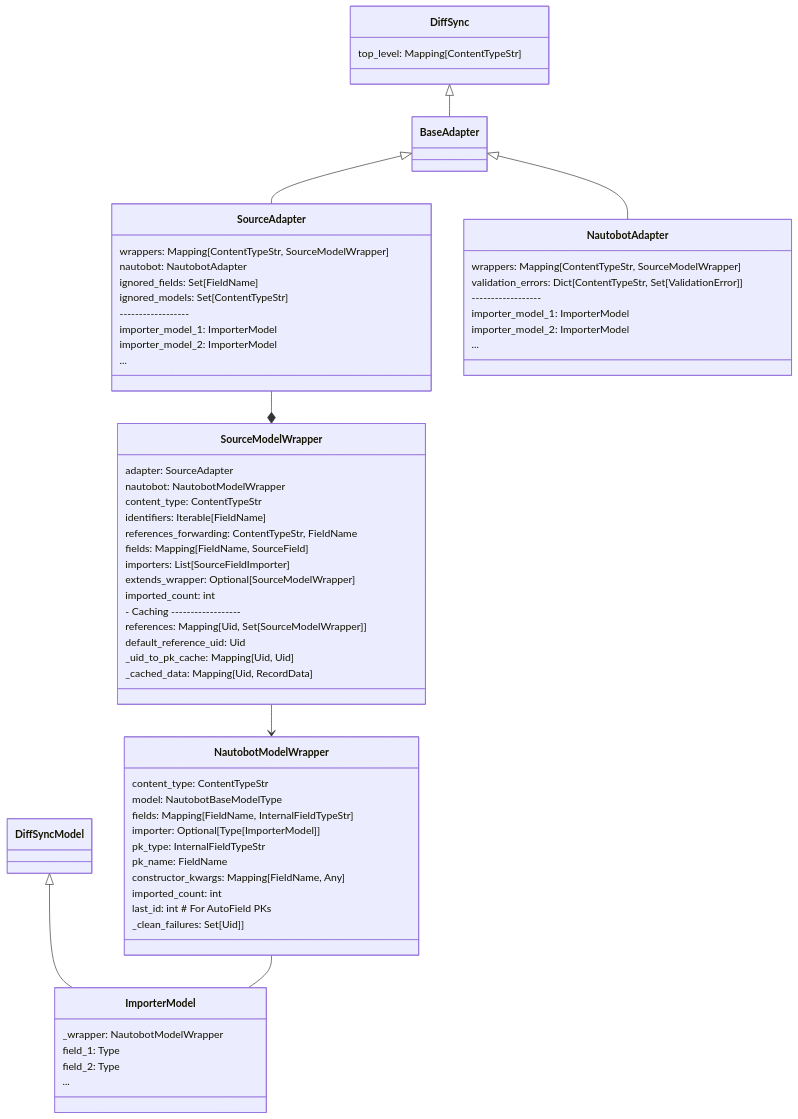
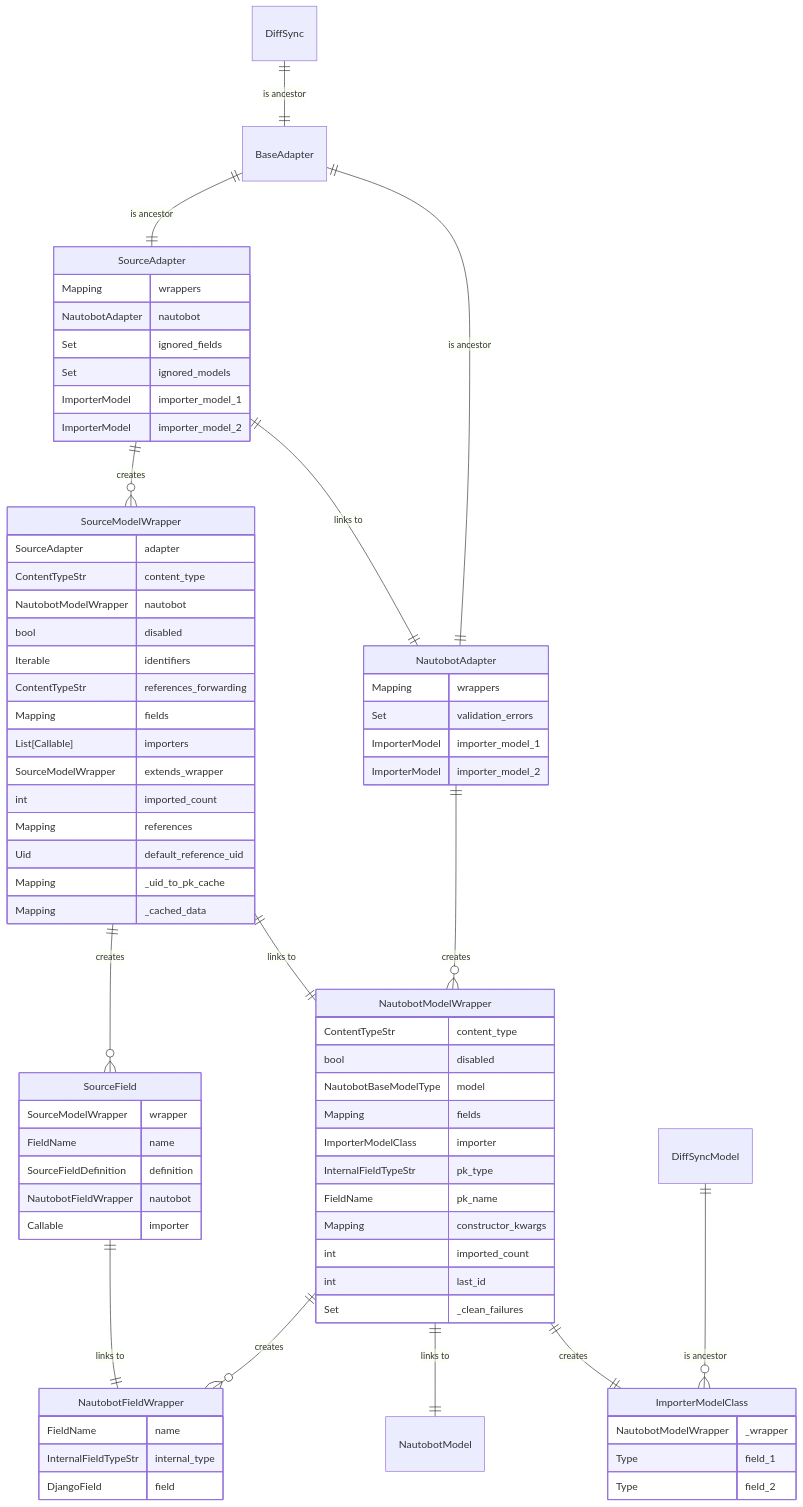
Before and after one commit to nautobot/nautobot-app-netbox-importer: the diagram in docs/dev/importer.md, drawn with Mermaid. The commit also changed other lines of this file, not shown here.

Commit message:
doc: Improve importer documentation

````diff
--- a/docs/dev/importer.md
+++ b/docs/dev/importer.md
@@ -83,72 +110,76 @@
 ```mermaid
-classDiagram
-    class DiffSync {
-        top_level: Mapping[ContentTypeStr]
+erDiagram
+    DiffSync ||--|| BaseAdapter : "is ancestor"
+    BaseAdapter ||--|| SourceAdapter : "is ancestor"
+    BaseAdapter ||--|| NautobotAdapter : "is ancestor"
+    SourceAdapter ||--o{ SourceModelWrapper : "creates"
+    SourceModelWrapper ||--o{ SourceField : "creates"
+    SourceAdapter ||--|| NautobotAdapter : "links to"
+    NautobotAdapter ||--o{ NautobotModelWrapper : "creates"
+    SourceModelWrapper ||--|| NautobotModelWrapper : "links to"
+    NautobotModelWrapper ||--o{ NautobotFieldWrapper : "creates"
+    NautobotModelWrapper ||--|| NautobotModel : "links to"
+    SourceField ||--|| NautobotFieldWrapper : "links to"
+    NautobotModelWrapper ||--|| ImporterModelClass : "creates"
+    DiffSyncModel ||--o{ ImporterModelClass : "is ancestor"
+    SourceAdapter {
+        Mapping wrappers
+        NautobotAdapter nautobot
+        Set ignored_fields
+        Set ignored_models
+        ImporterModel importer_model_1
+        ImporterModel importer_model_2
     }
-    class DiffSyncModel {
-        
+    SourceModelWrapper {
+        SourceAdapter adapter
+        ContentTypeStr content_type
+        NautobotModelWrapper nautobot
+        bool disabled
+        Iterable identifiers
+        ContentTypeStr references_forwarding
+        Mapping fields
+        List[Callable] importers
+        SourceModelWrapper extends_wrapper
+        int imported_count
+        Mapping references
+        Uid default_reference_uid
+        Mapping _uid_to_pk_cache
+        Mapping _cached_data
     }
-    class BaseAdapter {
-        
+    SourceField {
+        SourceModelWrapper wrapper
+        FieldName name
+        SourceFieldDefinition definition
+        NautobotFieldWrapper nautobot
+        Callable importer
     }
-    class SourceAdapter {
-        wrappers: Mapping[ContentTypeStr, SourceModelWrapper]
-        nautobot: NautobotAdapter
-        ignored_fields: Set[FieldName]
-        ignored_models: Set[ContentTypeStr]
-        ------------------
-        importer_model_1: ImporterModel
-        importer_model_2: ImporterModel
-        ...
+    NautobotAdapter {
+        Mapping wrappers
+        Set validation_errors
+        ImporterModel importer_model_1
+        ImporterModel importer_model_2
     }
-    class SourceModelWrapper {
-        adapter: SourceAdapter
-        nautobot: NautobotModelWrapper
-        content_type: ContentTypeStr
-        identifiers: Iterable[FieldName]
-        references_forwarding: ContentTypeStr, FieldName
-        fields: Mapping[FieldName, SourceField]
-        importers: List[SourceFieldImporter]
-        extends_wrapper: Optional[SourceModelWrapper]
-        imported_count: int
-        - Caching ------------------
-        references: Mapping[Uid, Set[SourceModelWrapper]]
-        default_reference_uid: Uid
-        _uid_to_pk_cache: Mapping[Uid, Uid]
-        _cached_data: Mapping[Uid, RecordData]
+    NautobotModelWrapper {
+        ContentTypeStr content_type
+        bool disabled
+        NautobotBaseModelType model
+        Mapping fields
+        ImporterModelClass importer
+        InternalFieldTypeStr pk_type
+        FieldName pk_name
+        Mapping constructor_kwargs
+        int imported_count
+        int last_id
+        Set _clean_failures
     }
-    class NautobotModelWrapper {
-        content_type: ContentTypeStr
-        model: NautobotBaseModelType
-        fields: Mapping[FieldName, InternalFieldTypeStr]
-        importer: Optional[Type[ImporterModel]]
-        pk_type: InternalFieldTypeStr
-        pk_name: FieldName
-        constructor_kwargs: Mapping[FieldName, Any]
-        imported_count: int
-        last_id: int  # For AutoField PKs
-        _clean_failures: Set[Uid]]
+    NautobotFieldWrapper {
+        FieldName name
+        InternalFieldTypeStr internal_type
+        DjangoField field
     }
-    class NautobotAdapter {
-        wrappers: Mapping[ContentTypeStr, SourceModelWrapper]
-        validation_errors: Dict[ContentTypeStr, Set[ValidationError]]
-        ------------------
-        importer_model_1: ImporterModel
-        importer_model_2: ImporterModel
-        ...
+    ImporterModelClass {
+        NautobotModelWrapper _wrapper
+        Type field_1
+        Type field_2
     }
-    class ImporterModel {
-        _wrapper: NautobotModelWrapper
-        field_1: Type
-        field_2: Type
-        ...
-    }
-
-    DiffSync <|-- BaseAdapter
-    DiffSyncModel <|-- ImporterModel
-    BaseAdapter <|-- SourceAdapter
-    SourceModelWrapper --> NautobotModelWrapper
-    SourceAdapter --* SourceModelWrapper
-    BaseAdapter <|-- NautobotAdapter
-    NautobotModelWrapper -- ImporterModel
 ```
````
